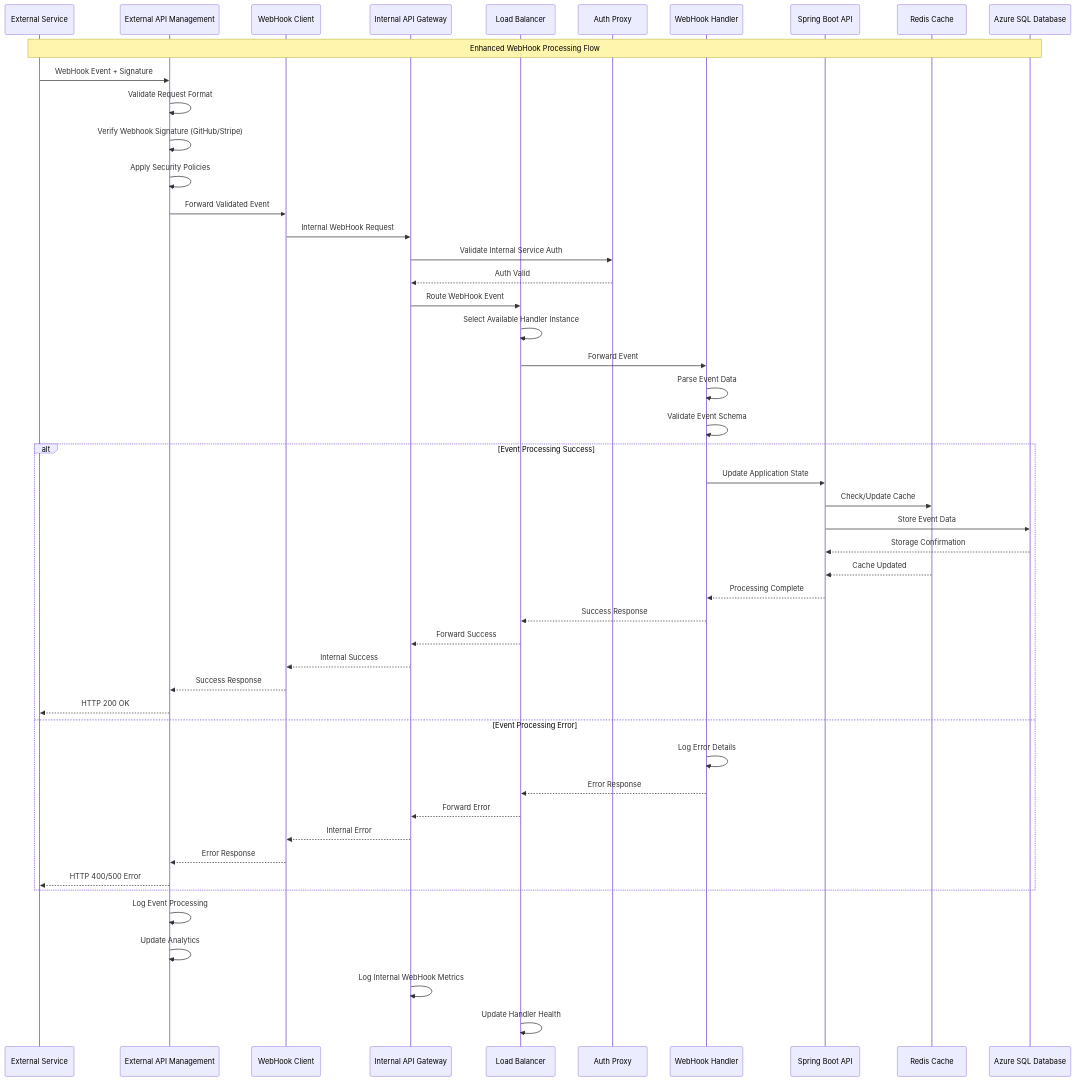
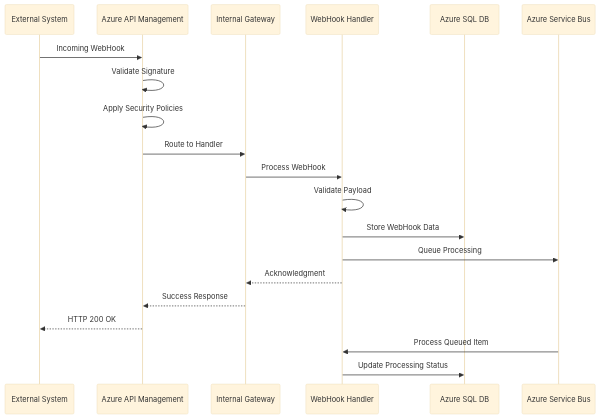
Before and after one commit to calvinlee999/react_next_java_journey: the fourth of 6 diagrams in docs/architecture/azure-api-management-architecture.md, drawn with Mermaid. The commit also changed other lines of this file and 2 other files, not shown here.

First line of the commit message:
📊 Split architecture: Clean API Management + Comprehensive Data & AI Platform

````diff
--- a/docs/architecture/azure-api-management-architecture.md
+++ b/docs/architecture/azure-api-management-architecture.md
@@ -391,57 +227,25 @@
 ```mermaid
+%%{init: {'theme':'base', 'themeVariables': {'fontSize': '12px', 'fontFamily': 'Arial, sans-serif'}}}%%
 sequenceDiagram
-    participant External as External Service
-    participant APIM as External API Management
-    participant WHClient as WebHook Client
-    participant InternalGW as Internal API Gateway
-    participant LoadBalancer as Load Balancer
-    participant Auth as Auth Proxy
-    participant WHHandler as WebHook Handler
-    participant Backend as Spring Boot API
-    participant Cache as Redis Cache
-    participant DB as Azure SQL Database
+    participant External as External System
+    participant APIM as Azure API Management
+    participant InternalGW as Internal Gateway
+    participant WebHookHandler as WebHook Handler
+    participant DB as Azure SQL DB
+    participant ServiceBus as Azure Service Bus
 
-    Note over External, DB: Enhanced WebHook Processing Flow
-    
-    External->>APIM: WebHook Event + Signature
-    APIM->>APIM: Validate Request Format
-    APIM->>APIM: Verify Webhook Signature (GitHub/Stripe)
+    External->>APIM: Incoming WebHook
+    APIM->>APIM: Validate Signature
     APIM->>APIM: Apply Security Policies
-    APIM->>WHClient: Forward Validated Event
-    WHClient->>InternalGW: Internal WebHook Request
-    
-    InternalGW->>Auth: Validate Internal Service Auth
-    Auth-->>InternalGW: Auth Valid
-    InternalGW->>LoadBalancer: Route WebHook Event
-    LoadBalancer->>LoadBalancer: Select Available Handler Instance
-    LoadBalancer->>WHHandler: Forward Event
-    
-    WHHandler->>WHHandler: Parse Event Data
-    WHHandler->>WHHandler: Validate Event Schema
-    
-    alt Event Processing Success
-        WHHandler->>Backend: Update Application State
-        Backend->>Cache: Check/Update Cache
-        Backend->>DB: Store Event Data
-        DB-->>Backend: Storage Confirmation
-        Cache-->>Backend: Cache Updated
-        Backend-->>WHHandler: Processing Complete
-        WHHandler-->>LoadBalancer: Success Response
-        LoadBalancer-->>InternalGW: Forward Success
-        InternalGW-->>WHClient: Internal Success
-        WHClient-->>APIM: Success Response
-        APIM-->>External: HTTP 200 OK
-    else Event Processing Error
-        WHHandler->>WHHandler: Log Error Details
-        WHHandler-->>LoadBalancer: Error Response
-        LoadBalancer-->>InternalGW: Forward Error
-        InternalGW-->>WHClient: Internal Error
-        WHClient-->>APIM: Error Response
-        APIM-->>External: HTTP 400/500 Error
-    end
+    APIM->>InternalGW: Route to Handler
+    InternalGW->>WebHookHandler: Process WebHook
+    WebHookHandler->>WebHookHandler: Validate Payload
+    WebHookHandler->>DB: Store WebHook Data
+    WebHookHandler->>ServiceBus: Queue Processing
+    WebHookHandler-->>InternalGW: Acknowledgment
+    InternalGW-->>APIM: Success Response
+    APIM-->>External: HTTP 200 OK
 
-    APIM->>APIM: Log Event Processing
-    APIM->>APIM: Update Analytics
-    InternalGW->>InternalGW: Log Internal WebHook Metrics
-    LoadBalancer->>LoadBalancer: Update Handler Health
+    ServiceBus->>WebHookHandler: Process Queued Item
+    WebHookHandler->>DB: Update Processing Status
 ```
````
